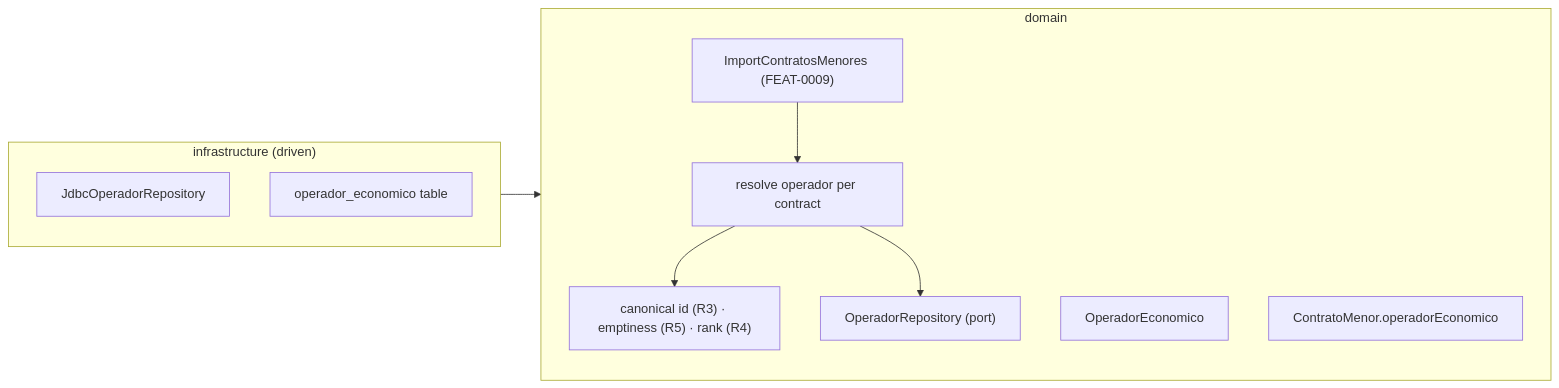
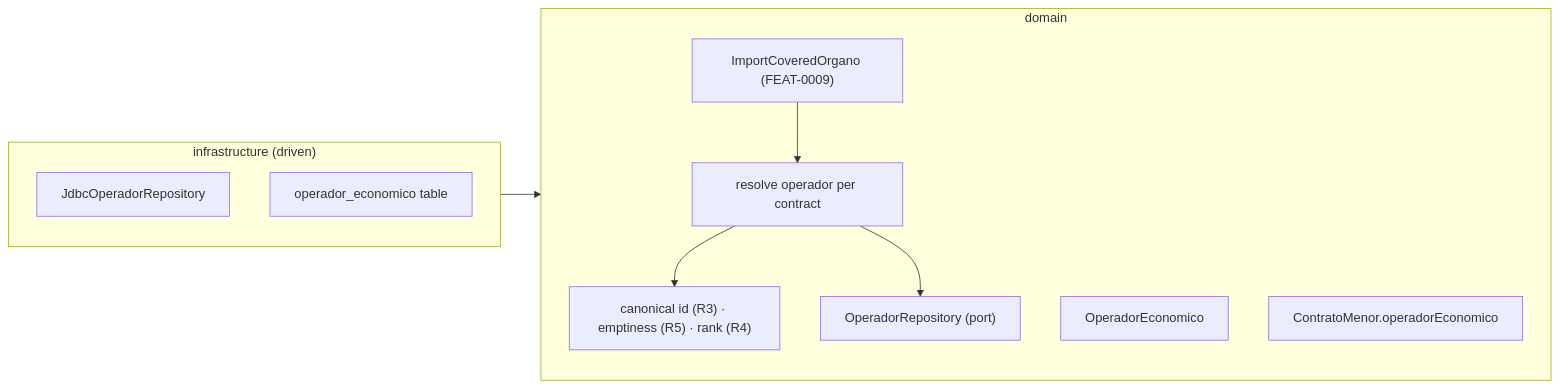
Before and after one commit to earelin/conxugal: the first of 3 diagrams in docs/features/FEAT-0010-operadores-economicos-base/README.md, drawn with Mermaid. The commit also changed 11 other files, not shown here.

````diff
--- a/docs/features/FEAT-0010-operadores-economicos-base/README.md
+++ b/docs/features/FEAT-0010-operadores-economicos-base/README.md
@@ -108,19 +108,19 @@
 ```mermaid
 flowchart LR
     subgraph domain["domain"]
-        importUseCase["ImportContratosMenores (FEAT-0009)"]
+        importUseCase["ImportCoveredOrgano (FEAT-0009)"]
         derive["resolve operador per contract"]
         rules["canonical id (R3) · emptiness (R5) · rank (R4)"]
         operador["OperadorEconomico"]
         operadorRepo["OperadorRepository (port)"]
         contrato["ContratoMenor.operadorEconomico"]
     end
     subgraph infrastructure["infrastructure (driven)"]
         jdbc["JdbcOperadorRepository"]
         migration["operador_economico table"]
     end
     importUseCase --> derive
     derive --> rules
     derive --> operadorRepo
     infrastructure --> domain
 ```
````
